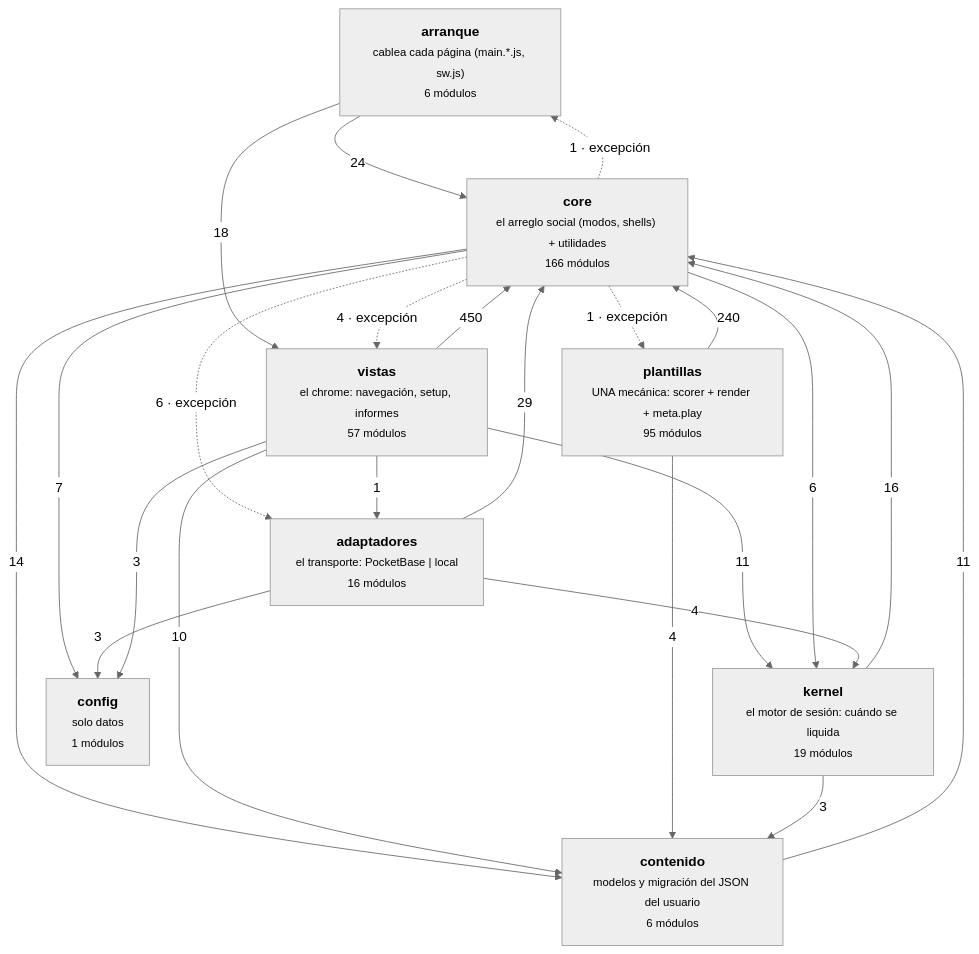
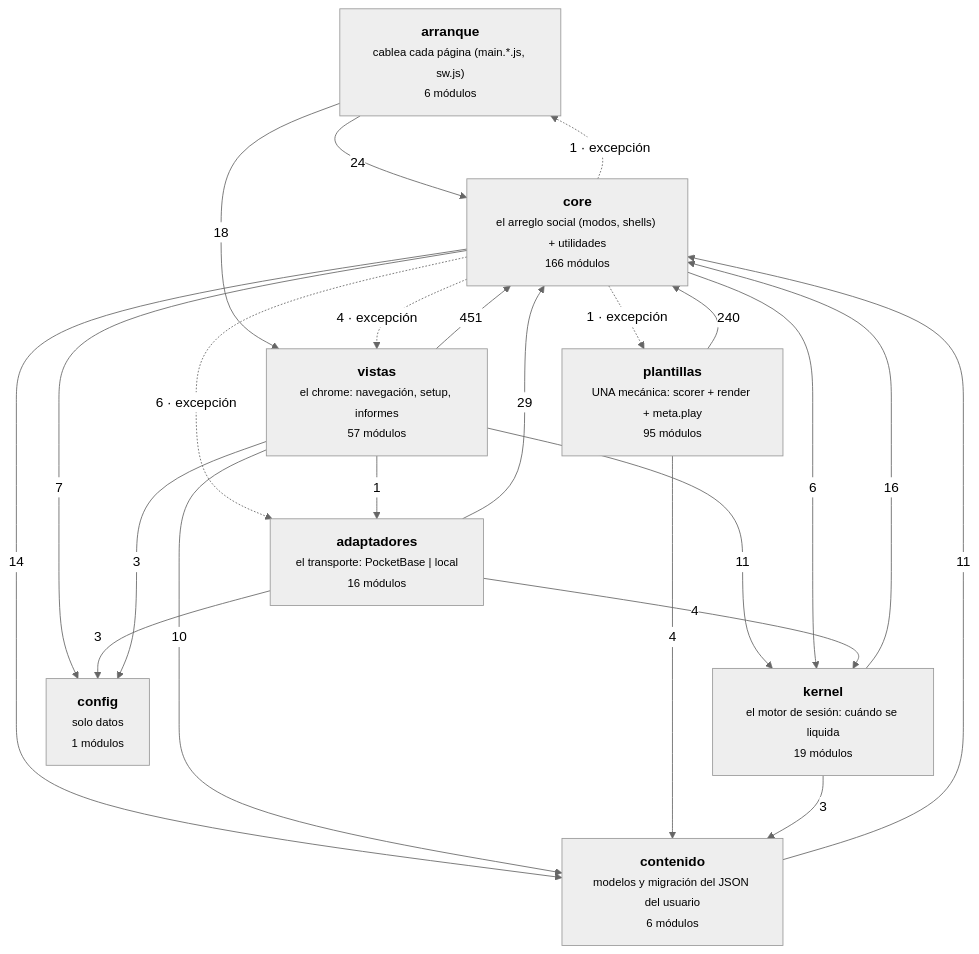
The diagram in docs/arquitectura-modulos.md (duecaz/ac), drawn with Mermaid (neutral theme) before and after one commit. The commit also changed other lines of this file and 18 other files, not shown here.

````diff
--- a/docs/arquitectura-modulos.md
+++ b/docs/arquitectura-modulos.md
@@ -56,33 +56,33 @@
 ```mermaid
 graph TD
   A["<b>arranque</b><br/><small>cablea cada página (main.*.js, sw.js)</small><br/><small>6 módulos</small>"]
   V["<b>vistas</b><br/><small>el chrome: navegación, setup, informes</small><br/><small>57 módulos</small>"]
   AD["<b>adaptadores</b><br/><small>el transporte: PocketBase | local</small><br/><small>16 módulos</small>"]
   C["<b>core</b><br/><small>el arreglo social (modos, shells) + utilidades</small><br/><small>166 módulos</small>"]
   K["<b>kernel</b><br/><small>el motor de sesión: cuándo se liquida</small><br/><small>19 módulos</small>"]
   T["<b>plantillas</b><br/><small>UNA mecánica: scorer + render + meta.play</small><br/><small>95 módulos</small>"]
   CO["<b>contenido</b><br/><small>modelos y migración del JSON del usuario</small><br/><small>6 módulos</small>"]
   CF["<b>config</b><br/><small>solo datos</small><br/><small>1 módulos</small>"]
-  V -->|450| C
+  V -->|451| C
   T -->|240| C
   AD -->|29| C
   A -->|24| C
   A -->|18| V
   K -->|16| C
   C -->|14| CO
   CO -->|11| C
   V -->|11| K
   V -->|10| CO
   C -->|7| CF
   C -->|6| K
   C -.->|6 · excepción| AD
   AD -->|4| K
   C -.->|4 · excepción| V
   T -->|4| CO
   AD -->|3| CF
   K -->|3| CO
   V -->|3| CF
   C -.->|1 · excepción| T
   C -.->|1 · excepción| A
   V -->|1| AD
 ```
````
